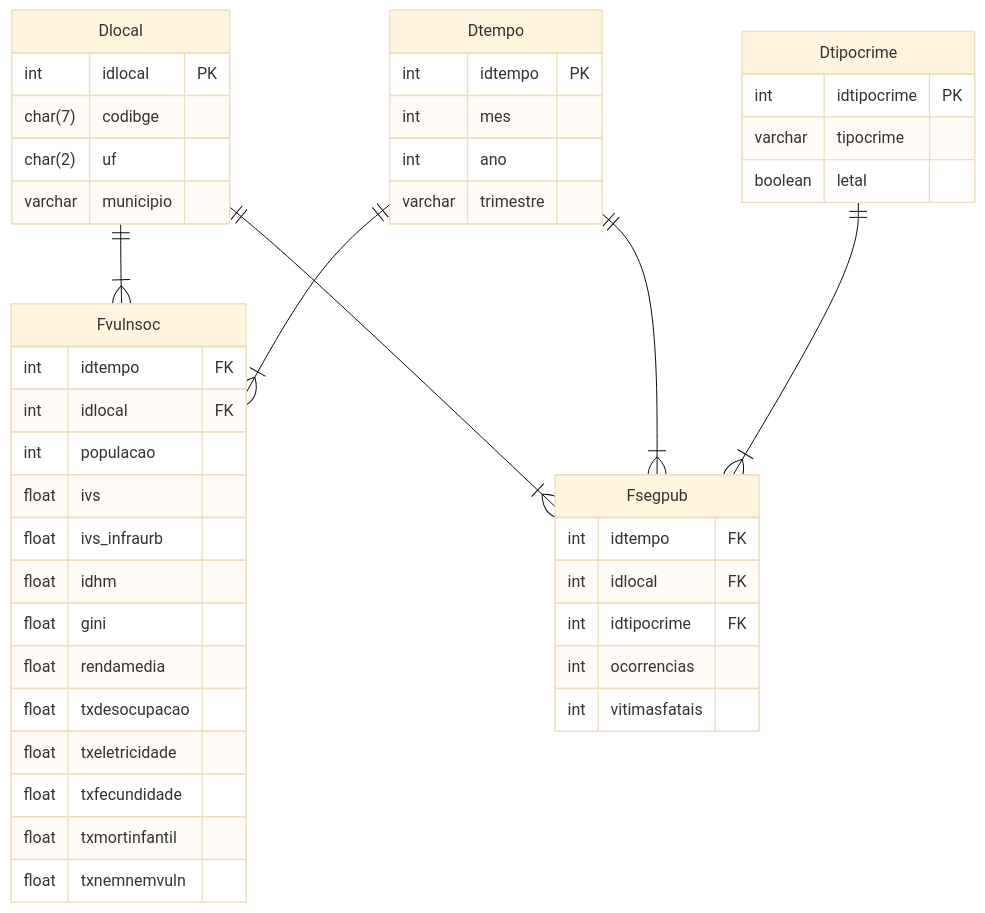
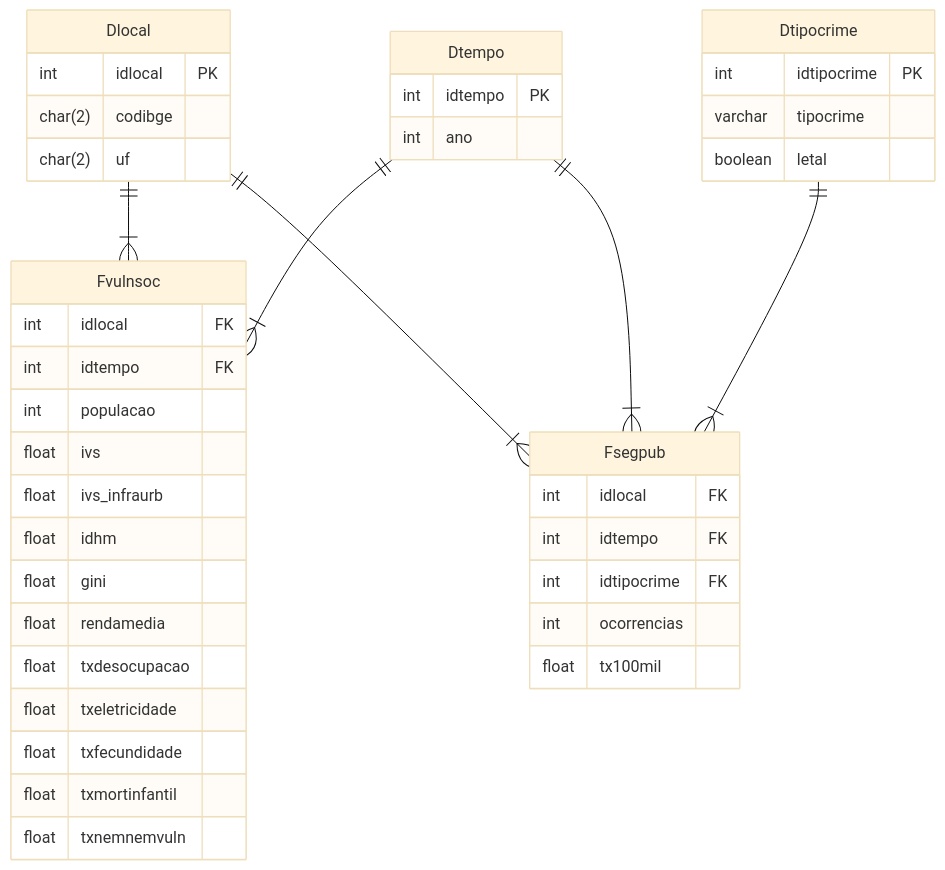
The diagram in starschema.mermaid (felppo/trab-siad), drawn with Mermaid (base theme) before and after one commit.

Commit message:
Update conceptual model

```diff
--- a/starschema.mermaid
+++ b/starschema.mermaid
@@ -1,49 +1,47 @@
 erDiagram
     Dlocal ||--|{ Fvulnsoc : ""
     Dtempo ||--|{ Fvulnsoc : ""
     Dlocal ||--|{ Fsegpub : ""
     Dtipocrime ||--|{ Fsegpub : ""
     Dtempo ||--|{ Fsegpub : ""
 
     Dtempo {
         int idtempo PK
-        int mes
         int ano
-        varchar trimestre
+        %% int mes
+        %% varchar trimestre
     }
     Dlocal {
         int idlocal PK
-        char(7) codibge
+        char(2) codibge
         char(2) uf
-        varchar municipio
+        %% varchar municipio
     }
     Dtipocrime {
         int idtipocrime PK
         varchar tipocrime
         boolean letal
     }
     Fsegpub {
-        %% int idsegpub PK
+        int idlocal FK
         int idtempo FK
-        int idlocal FK
         int idtipocrime FK
         int ocorrencias
-        int vitimasfatais
-        %% float tx100mil
+        %% int vitimasfatais
+        float tx100mil
     }
     Fvulnsoc {
-        %% int idvulnsoc PK
+        int idlocal FK
         int idtempo FK
-        int idlocal FK
         int populacao
         float ivs
         float ivs_infraurb
         float idhm
         float gini
         float rendamedia
         float txdesocupacao
         float txeletricidade
         float txfecundidade
         float txmortinfantil
         float txnemnemvuln
     }
```
